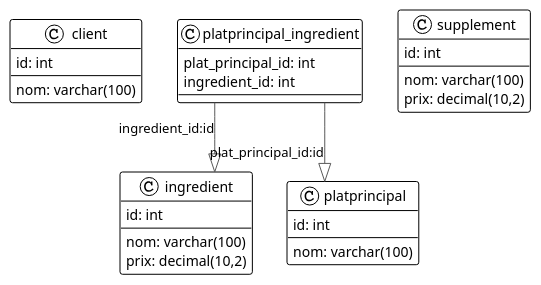
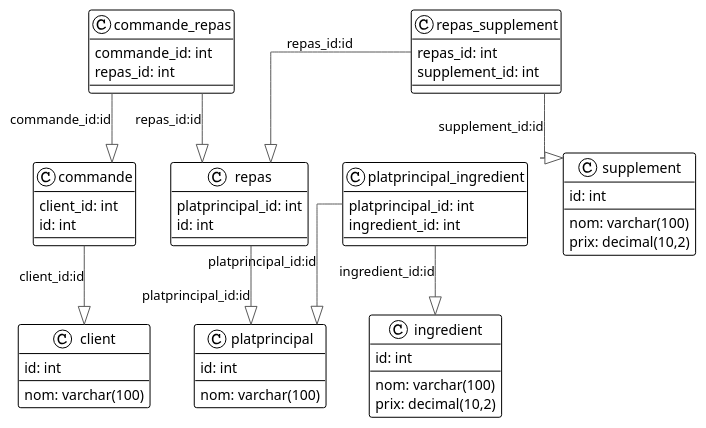
Before and after one commit to YahyaGhallali/Examen-Java-2425: the third of 3 diagrams in README.md, drawn with PlantUML. The commit also changed other lines of this file and 10 other files, not shown here.

`````diff
--- a/README.md
+++ b/README.md
@@ -113,35 +133,57 @@
 ````plantuml
 @startuml
 
 !theme plain
 top to bottom direction
 skinparam linetype ortho
 
 class client {
    nom: varchar(100)
    id: int
 }
+class commande {
+   client_id: int
+   id: int
+}
+class commande_repas {
+   commande_id: int
+   repas_id: int
+}
 class ingredient {
    nom: varchar(100)
    prix: decimal(10,2)
    id: int
 }
 class platprincipal {
    nom: varchar(100)
    id: int
 }
 class platprincipal_ingredient {
-   plat_principal_id: int
+   platprincipal_id: int
    ingredient_id: int
+}
+class repas {
+   platprincipal_id: int
+   id: int
+}
+class repas_supplement {
+   repas_id: int
+   supplement_id: int
 }
 class supplement {
    nom: varchar(100)
    prix: decimal(10,2)
    id: int
 }
 
+commande                  -[#595959,plain]-^  client                   : "client_id:id"
+commande_repas            -[#595959,plain]-^  commande                 : "commande_id:id"
+commande_repas            -[#595959,plain]-^  repas                    : "repas_id:id"
 platprincipal_ingredient  -[#595959,plain]-^  ingredient               : "ingredient_id:id"
-platprincipal_ingredient  -[#595959,plain]-^  platprincipal            : "plat_principal_id:id"
+platprincipal_ingredient  -[#595959,plain]-^  platprincipal            : "platprincipal_id:id"
+repas                     -[#595959,plain]-^  platprincipal            : "platprincipal_id:id"
+repas_supplement          -[#595959,plain]-^  repas                    : "repas_id:id"
+repas_supplement          -[#595959,plain]-^  supplement               : "supplement_id:id"
 @enduml
 
 ````
`````
